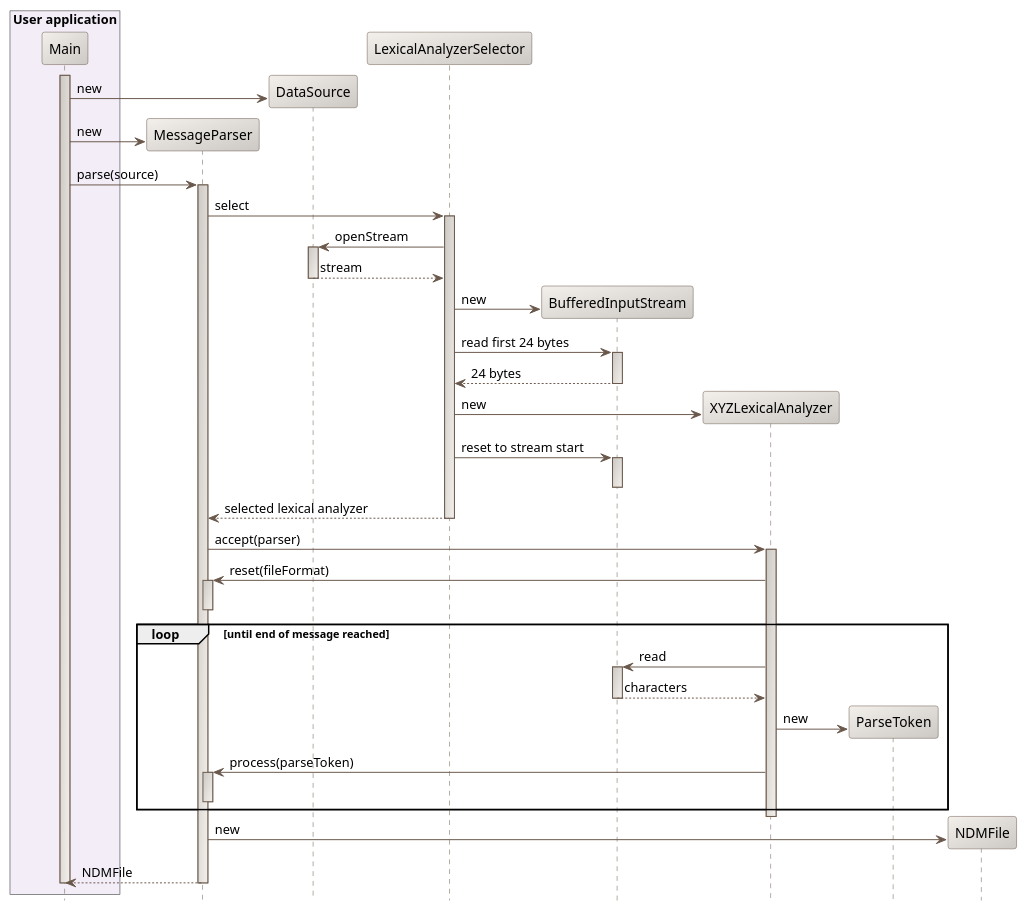
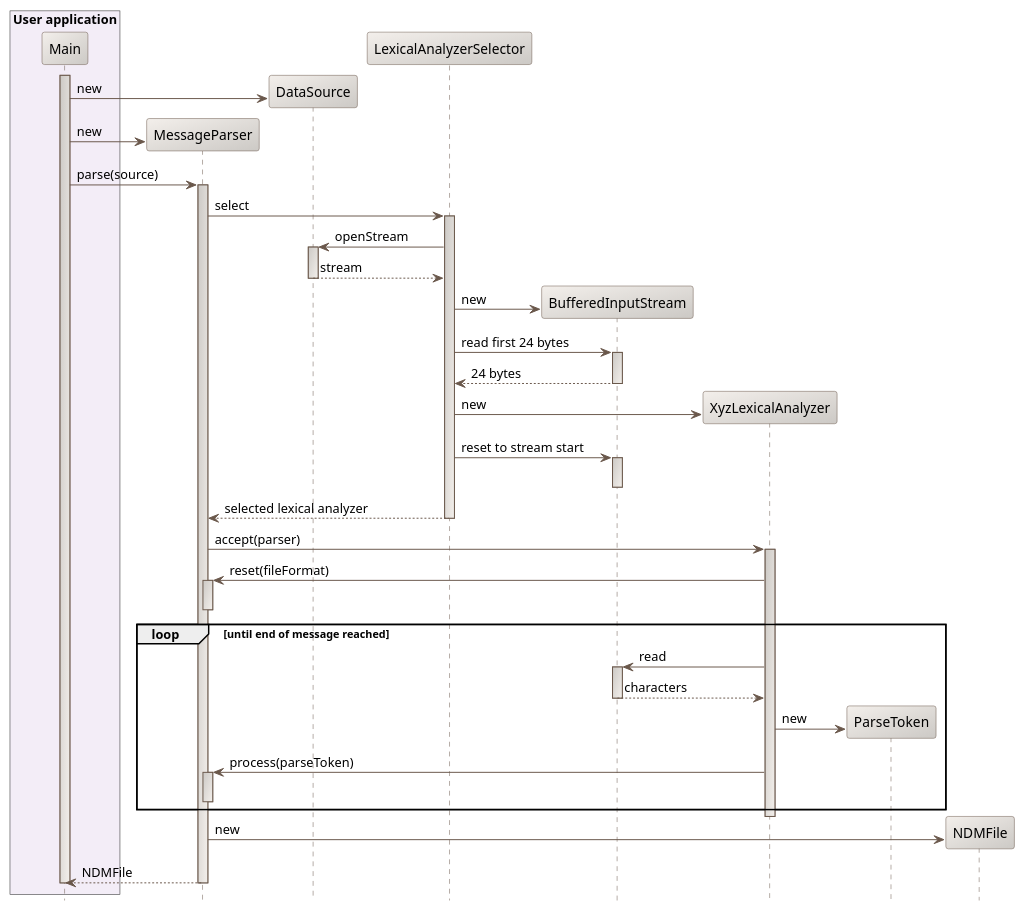
Before and after one commit to CS-SI/Orekit: the diagram in src/design/ccsds-lexical-analysis-sequence-diagram.puml, drawn with PlantUML. The commit also changed 208 other files, not shown here.

```diff
--- a/src/design/ccsds-lexical-analysis-sequence-diagram.puml
+++ b/src/design/ccsds-lexical-analysis-sequence-diagram.puml
@@ -17,78 +17,78 @@
 @startuml
 
   skinparam svek                                true
   skinparam NoteBackgroundColor                 #F3EFEB
   skinparam NoteBorderColor                     #691616
   skinparam NoteFontColor                       #691616
   skinparam SequenceActorBorderColor            #6A584B
   skinparam SequenceParticipantBackgroundColor  #F3EFEB/CCC9C5
   skinparam SequenceParticipantBorderColor      #6A584B
   skinparam SequenceLifeLineBackgroundColor     #CCC9C5/F3EFEB
   skinparam SequenceLifeLineBorderColor         #6A584B
   skinparam SequenceArrowColor                  #6A584B
   skinparam SequenceBorderColor                 #6A584B
   skinparam SequenceFontSize                    11
 
   hide footbox
 
   box "User application" #F3EDF7
     participant Main
   end box
   participant MessageParser
   participant DataSource
   participant LexicalAnalyzerSelector
   participant BufferedInputStream
-  participant XYZLexicalAnalyzer
+  participant XyzLexicalAnalyzer
   participant ParseToken
   participant NDMFile
 
   activate Main
     create DataSource
     Main -> DataSource : new
     create MessageParser
     Main -> MessageParser : new
     Main -> MessageParser : parse(source)
     activate MessageParser
       MessageParser -> LexicalAnalyzerSelector : select
       activate LexicalAnalyzerSelector
         LexicalAnalyzerSelector -> DataSource : openStream
         activate DataSource
           return stream
         deactivate DataSource
         create BufferedInputStream
         LexicalAnalyzerSelector -> BufferedInputStream : new
         LexicalAnalyzerSelector -> BufferedInputStream : read first 24 bytes
         activate BufferedInputStream
           BufferedInputStream --> LexicalAnalyzerSelector : 24 bytes
         deactivate BufferedInputStream
-        create XYZLexicalAnalyzer
-        LexicalAnalyzerSelector -> XYZLexicalAnalyzer : new
+        create XyzLexicalAnalyzer
+        LexicalAnalyzerSelector -> XyzLexicalAnalyzer : new
         LexicalAnalyzerSelector -> BufferedInputStream : reset to stream start
         activate BufferedInputStream
         deactivate BufferedInputStream
         LexicalAnalyzerSelector --> MessageParser : selected lexical analyzer
       deactivate LexicalAnalyzerSelector
-      MessageParser -> XYZLexicalAnalyzer : accept(parser)
-      activate XYZLexicalAnalyzer
-        XYZLexicalAnalyzer -> MessageParser : reset(fileFormat)
+      MessageParser -> XyzLexicalAnalyzer : accept(parser)
+      activate XyzLexicalAnalyzer
+        XyzLexicalAnalyzer -> MessageParser : reset(fileFormat)
         activate MessageParser
         deactivate MessageParser
         loop until end of message reached
-          XYZLexicalAnalyzer -> BufferedInputStream : read
+          XyzLexicalAnalyzer -> BufferedInputStream : read
           activate BufferedInputStream
-            BufferedInputStream --> XYZLexicalAnalyzer : characters
+            BufferedInputStream --> XyzLexicalAnalyzer : characters
           deactivate BufferedInputStream
           create ParseToken
-          XYZLexicalAnalyzer -> ParseToken : new
-        XYZLexicalAnalyzer -> MessageParser : process(parseToken)
+          XyzLexicalAnalyzer -> ParseToken : new
+        XyzLexicalAnalyzer -> MessageParser : process(parseToken)
         activate MessageParser
         deactivate MessageParser
         end
-      deactivate XYZLexicalAnalyzer
+      deactivate XyzLexicalAnalyzer
       create NDMFile
       MessageParser -> NDMFile : new
       MessageParser --> Main : NDMFile
     deactivate MessageParser
   deactivate Main
 
 @enduml
```
